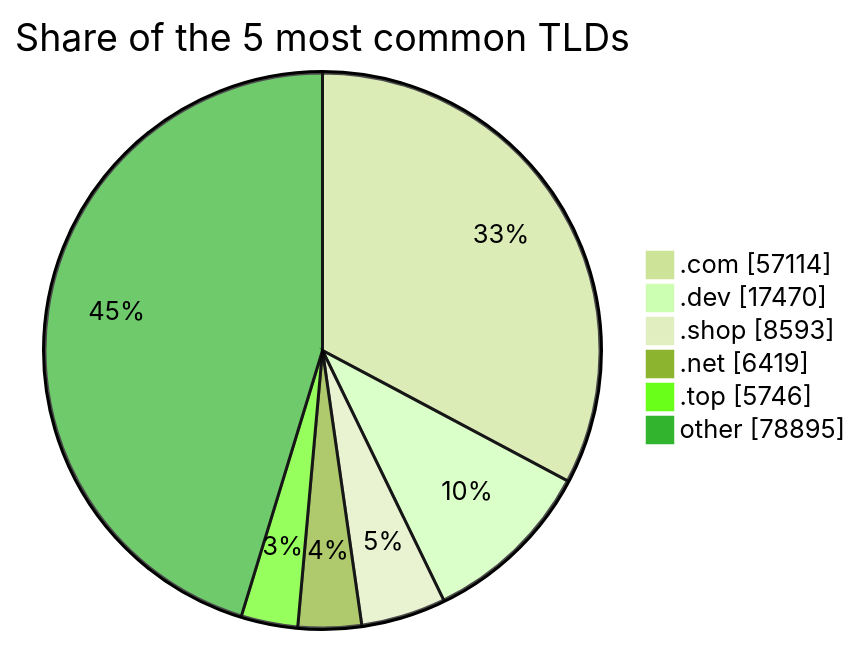
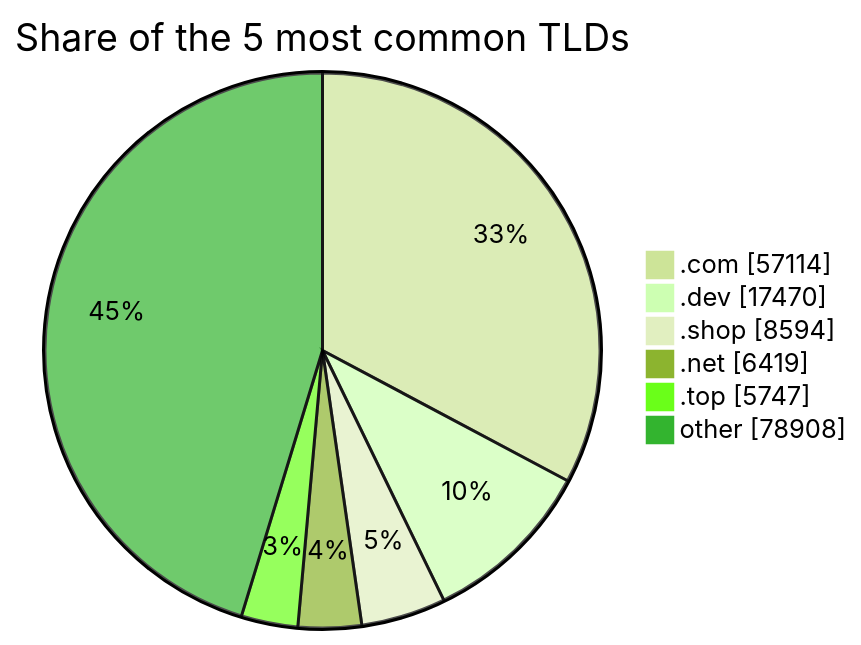
Before and after one commit to DNSBunker/CTI: the third of 3 diagrams in README.md, drawn with Mermaid (forest theme). The commit also changed other lines of this file and 3 other files, not shown here.

````diff
--- a/README.md
+++ b/README.md
@@ -81,9 +81,9 @@
 ```mermaid
 pie showData title Share of the 5 most common TLDs
     ".com" : 57114
     ".dev" : 17470
-    ".shop" : 8593
+    ".shop" : 8594
     ".net" : 6419
-    ".top" : 5746
-    "other" : 78895
+    ".top" : 5747
+    "other" : 78908
 ```
````
